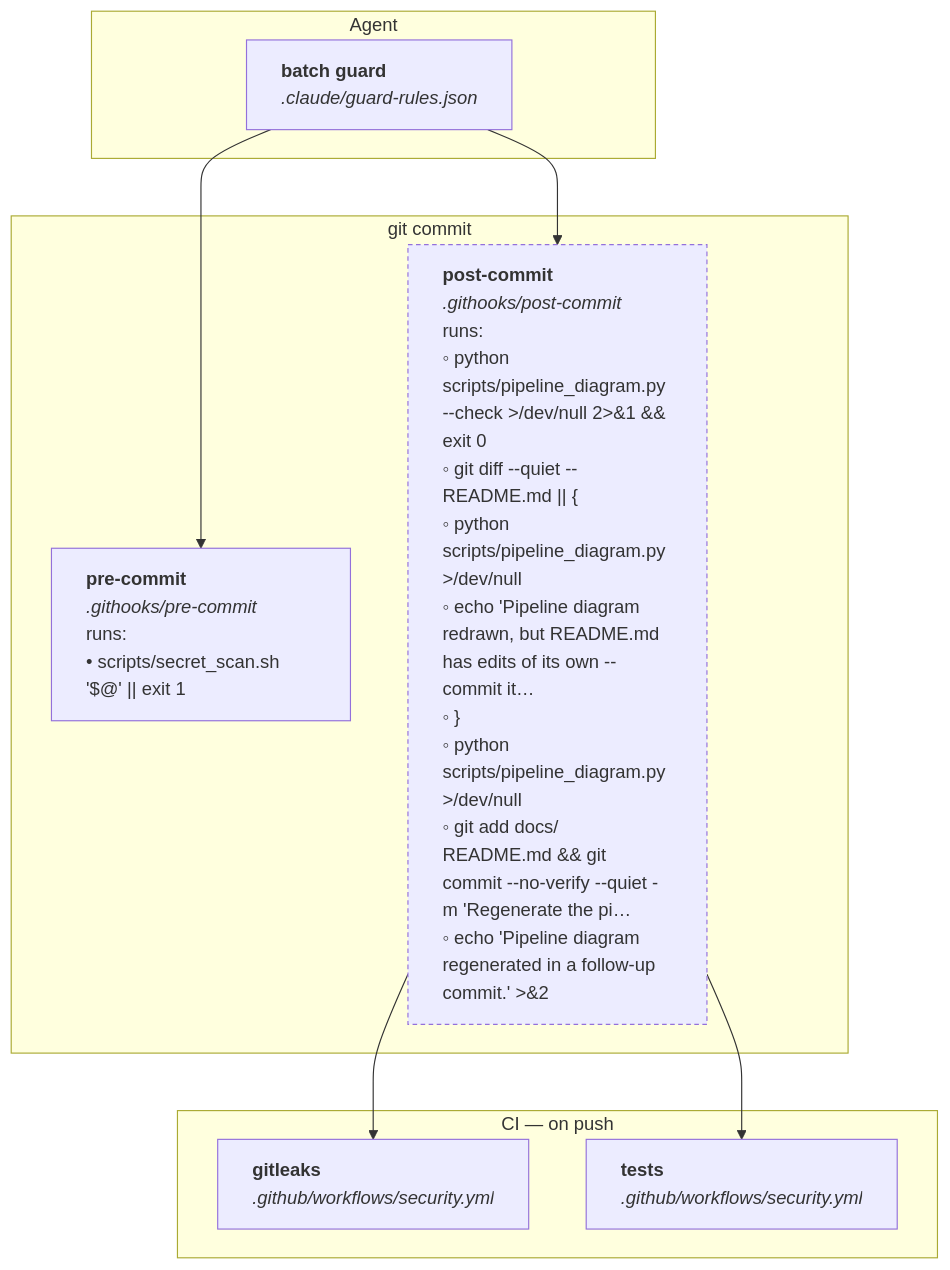
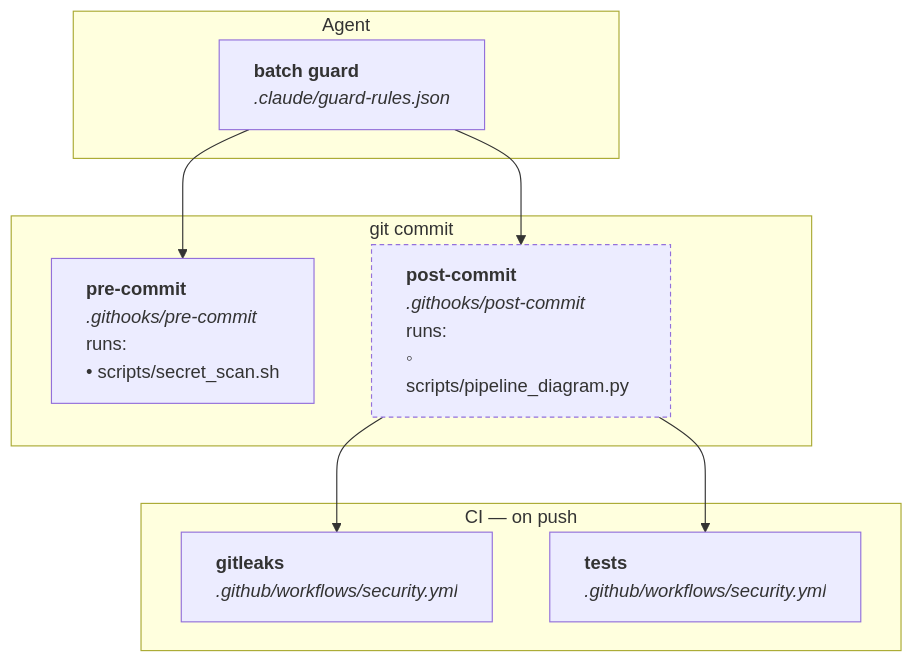
The diagram in docs/pipeline.mmd (buedaswag/dev-setup), drawn with Mermaid before and after one commit. The commit also changed 6 other files, not shown here.

```diff
--- a/docs/pipeline.mmd
+++ b/docs/pipeline.mmd
@@ -1,18 +1,18 @@
 graph TD
     subgraph agent["Agent"]
         batch_guard["<div style='text-align:left'><b>batch guard</b><br/><i>.claude/guard-rules.json</i></div>"]
     end
     subgraph commit["git commit"]
-        pre_commit["<div style='text-align:left'><b>pre-commit</b><br/><i>.githooks/pre-commit</i><br/>runs:<br/>• scripts/secret_scan.sh '$@' #124;#124; exit 1</div>"]
-        post_commit["<div style='text-align:left'><b>post-commit</b><br/><i>.githooks/post-commit</i><br/>runs:<br/>◦ python scripts/pipeline_diagram.py --check >/dev/null 2>&1 && exit 0<br/>◦ git diff --quiet -- README.md #124;#124; #123;<br/>◦ python scripts/pipeline_diagram.py >/dev/null<br/>◦ echo 'Pipeline diagram redrawn, but README.md has edits of its own -- commit it…<br/>◦ #125;<br/>◦ python scripts/pipeline_diagram.py >/dev/null<br/>◦ git add docs/ README.md && git commit --no-verify --quiet -m 'Regenerate the pi…<br/>◦ echo 'Pipeline diagram regenerated in a follow-up commit.' >&2</div>"]
+        pre_commit["<div style='text-align:left'><b>pre-commit</b><br/><i>.githooks/pre-commit</i><br/>runs:<br/>• scripts/secret_scan.sh</div>"]
+        post_commit["<div style='text-align:left'><b>post-commit</b><br/><i>.githooks/post-commit</i><br/>runs:<br/>◦ scripts/pipeline_diagram.py</div>"]
     end
     subgraph ci["CI — on push"]
         security_gitleaks["<div style='text-align:left'><b>gitleaks</b><br/><i>.github/workflows/security.yml</i></div>"]
         security_tests["<div style='text-align:left'><b>tests</b><br/><i>.github/workflows/security.yml</i></div>"]
     end
     batch_guard --> pre_commit
     batch_guard --> post_commit
     post_commit --> security_gitleaks
     post_commit --> security_tests
     classDef reports stroke-dasharray: 4 3
     class post_commit reports
```
